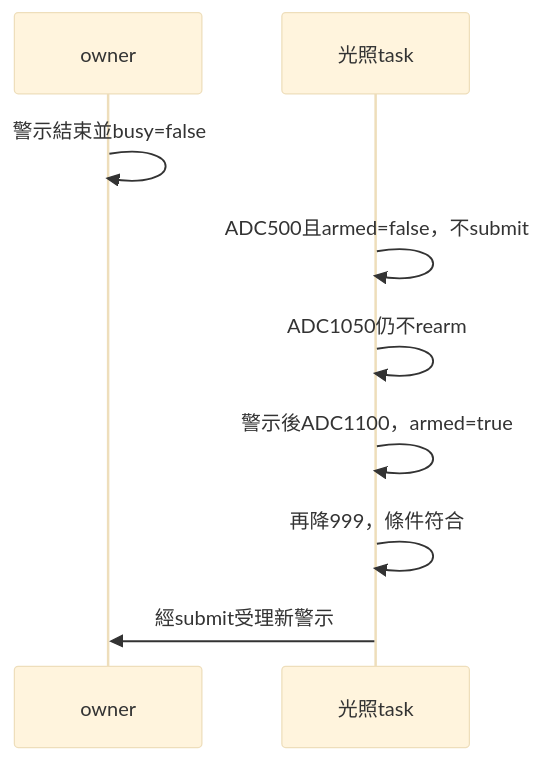
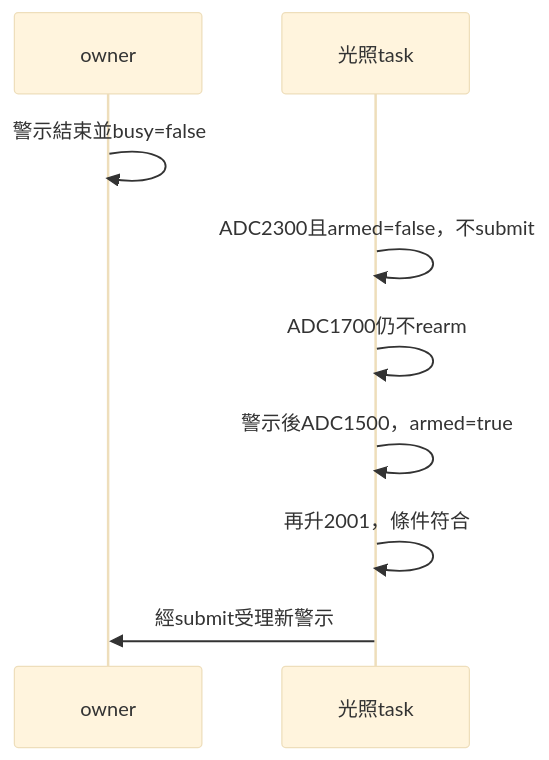
One commit to change918418-tech/IoT_Course changed diagram 17 of 21 in LED_SINGLE_OWNER_GUIDE.md. Above: the diagram before and after it, drawn with Mermaid (base theme). The commit also changed other lines of this file and 30 other files, not shown here.

````diff
--- a/LED_SINGLE_OWNER_GUIDE.md
+++ b/LED_SINGLE_OWNER_GUIDE.md
@@ -912,11 +913,11 @@
 ```mermaid
 sequenceDiagram
     participant Owner as owner
     participant Light as 光照task
     Owner->>Owner: 警示結束並busy=false
-    Light->>Light: ADC500且armed=false，不submit
-    Light->>Light: ADC1050仍不rearm
-    Light->>Light: 警示後ADC1100，armed=true
-    Light->>Light: 再降999，條件符合
+    Light->>Light: ADC2300且armed=false，不submit
+    Light->>Light: ADC1700仍不rearm
+    Light->>Light: 警示後ADC1500，armed=true
+    Light->>Light: 再升2001，條件符合
     Light->>Owner: 經submit受理新警示
 ```
````
